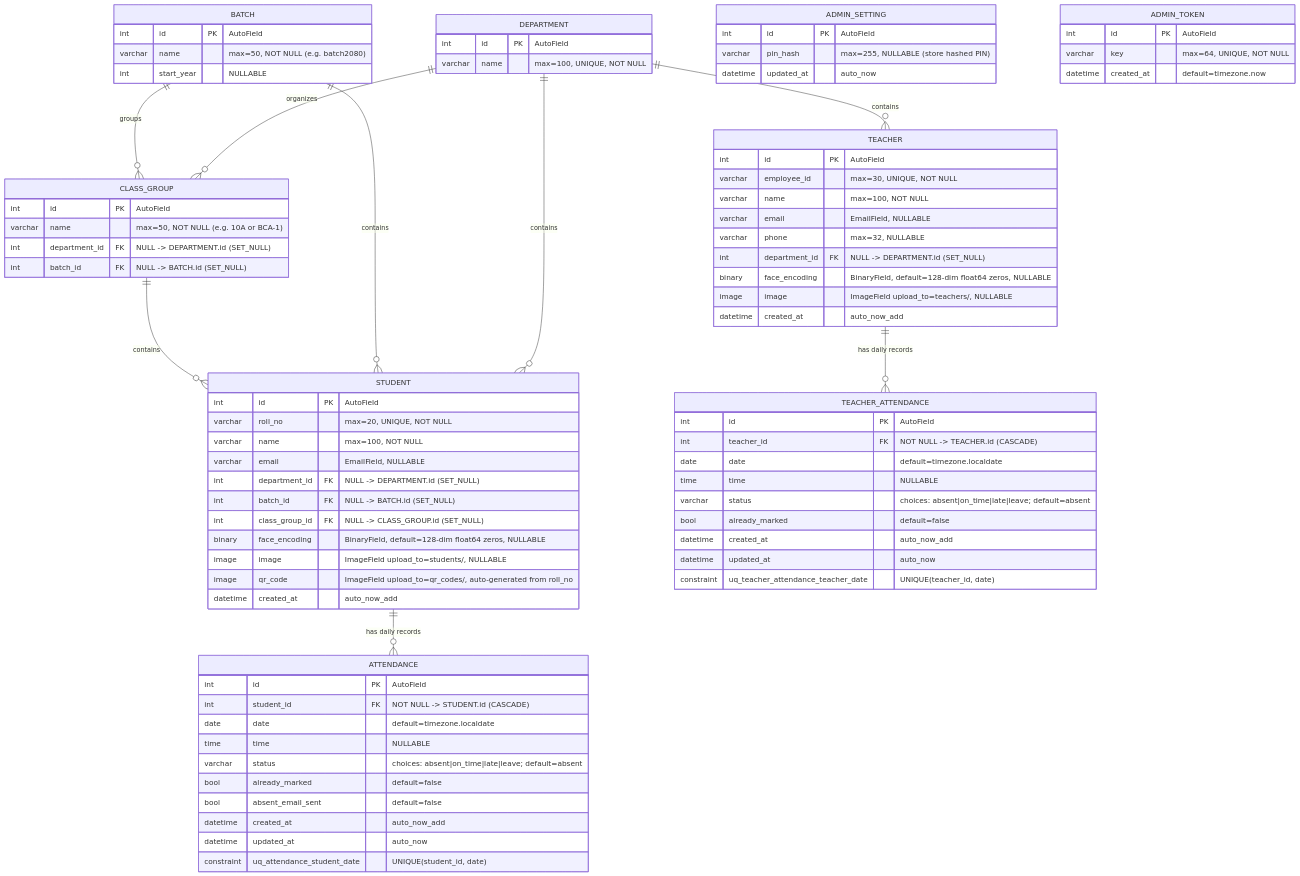
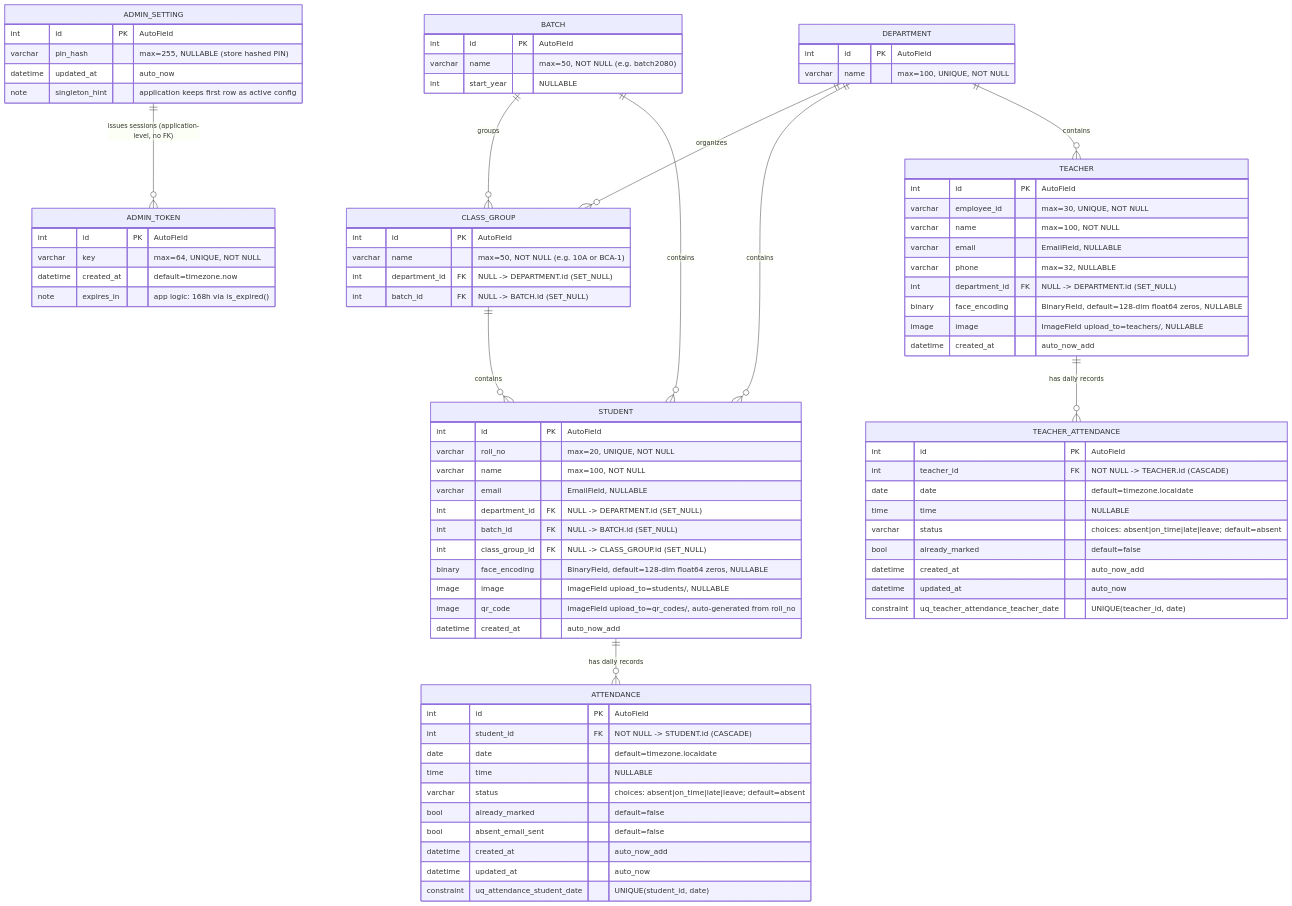
The diagram in smart_attendance_er.mermaid (sujjalfr/Smart-Attendance-System), drawn with Mermaid before and after one commit. The commit also changed 8 other files, not shown here.

```diff
--- a/smart_attendance_er.mermaid
+++ b/smart_attendance_er.mermaid
@@ -1,133 +1,138 @@
 %% ============================================================
 %% Smart Attendance System - Complete ER Diagram (Backend Schema)
 %% Generated/updated to reflect `accounts` and `attendance` models
 %% Source: backend/smart_attendance/accounts/models.py
 %%         backend/smart_attendance/attendance/models.py
 %% ============================================================
 
 erDiagram
 
 	%% -------------------------
 	%% CORE ACADEMIC ENTITIES
 	%% -------------------------
 
 	DEPARTMENT {
 		int id PK "AutoField"
 		varchar name "max=100, UNIQUE, NOT NULL"
 	}
 
 	BATCH {
 		int id PK "AutoField"
 		varchar name "max=50, NOT NULL (e.g. batch2080)"
 		int start_year "NULLABLE"
 	}
 
 	CLASS_GROUP {
 		int id PK "AutoField"
 		varchar name "max=50, NOT NULL (e.g. 10A or BCA-1)"
 		int department_id FK "NULL -> DEPARTMENT.id (SET_NULL)"
 		int batch_id FK "NULL -> BATCH.id (SET_NULL)"
 	}
 
 	%% -------------------------
 	%% PEOPLE / IDENTITY ENTITIES
 	%% -------------------------
 
 	STUDENT {
 		int id PK "AutoField"
 		varchar roll_no "max=20, UNIQUE, NOT NULL"
 		varchar name "max=100, NOT NULL"
 		varchar email "EmailField, NULLABLE"
 		int department_id FK "NULL -> DEPARTMENT.id (SET_NULL)"
 		int batch_id FK "NULL -> BATCH.id (SET_NULL)"
 		int class_group_id FK "NULL -> CLASS_GROUP.id (SET_NULL)"
 		binary face_encoding "BinaryField, default=128-dim float64 zeros, NULLABLE"
 		image image "ImageField upload_to=students/, NULLABLE"
 		image qr_code "ImageField upload_to=qr_codes/, auto-generated from roll_no"
 		datetime created_at "auto_now_add"
 	}
 
 	TEACHER {
 		int id PK "AutoField"
 		varchar employee_id "max=30, UNIQUE, NOT NULL"
 		varchar name "max=100, NOT NULL"
 		varchar email "EmailField, NULLABLE"
 		varchar phone "max=32, NULLABLE"
 		int department_id FK "NULL -> DEPARTMENT.id (SET_NULL)"
 		binary face_encoding "BinaryField, default=128-dim float64 zeros, NULLABLE"
 		image image "ImageField upload_to=teachers/, NULLABLE"
 		datetime created_at "auto_now_add"
 	}
 
 	%% -------------------------
 	%% ATTENDANCE ENTITIES
 	%% -------------------------
 
 	ATTENDANCE {
 		int id PK "AutoField"
 		int student_id FK "NOT NULL -> STUDENT.id (CASCADE)"
 		date date "default=timezone.localdate"
 		time time "NULLABLE"
 		varchar status "choices: absent|on_time|late|leave; default=absent"
 		bool already_marked "default=false"
 		bool absent_email_sent "default=false"
 		datetime created_at "auto_now_add"
 		datetime updated_at "auto_now"
 		constraint uq_attendance_student_date "UNIQUE(student_id, date)"
 	}
 
 	TEACHER_ATTENDANCE {
 		int id PK "AutoField"
 		int teacher_id FK "NOT NULL -> TEACHER.id (CASCADE)"
 		date date "default=timezone.localdate"
 		time time "NULLABLE"
 		varchar status "choices: absent|on_time|late|leave; default=absent"
 		bool already_marked "default=false"
 		datetime created_at "auto_now_add"
 		datetime updated_at "auto_now"
 		constraint uq_teacher_attendance_teacher_date "UNIQUE(teacher_id, date)"
 	}
 
 	%% -------------------------
 	%% ADMIN / AUTH SUPPORT ENTITIES
 	%% -------------------------
 
 	ADMIN_SETTING {
 		int id PK "AutoField"
 		varchar pin_hash "max=255, NULLABLE (store hashed PIN)"
 		datetime updated_at "auto_now"
+		note singleton_hint "application keeps first row as active config"
 	}
 
 	ADMIN_TOKEN {
 		int id PK "AutoField"
 		varchar key "max=64, UNIQUE, NOT NULL"
 		datetime created_at "default=timezone.now"
+		note expires_in "app logic: 168h via is_expired()"
 	}
 
 	%% -------------------------
 	%% RELATIONSHIPS (CARDINALITY)
 	%% -------------------------
 
 	DEPARTMENT ||--o{ CLASS_GROUP : "organizes"
 	BATCH ||--o{ CLASS_GROUP : "groups"
 
 	DEPARTMENT ||--o{ STUDENT : "contains"
 	BATCH ||--o{ STUDENT : "contains"
 	CLASS_GROUP ||--o{ STUDENT : "contains"
 
 	DEPARTMENT ||--o{ TEACHER : "contains"
 
 	STUDENT ||--o{ ATTENDANCE : "has daily records"
 	TEACHER ||--o{ TEACHER_ATTENDANCE : "has daily records"
+	ADMIN_SETTING ||--o{ ADMIN_TOKEN : "issues sessions (application-level, no FK)"
 
 	%% -------------------------
 	%% IMPLEMENTATION NOTES
 	%% -------------------------
 	%% - Optional FKs on STUDENT/CLASS_GROUP/TEACHER use ON DELETE SET NULL (models: SET_NULL).
 	%% - Attendance tables use ON DELETE CASCADE for their person FK (models: CASCADE).
 	%% - Unique constraints: (student, date) and (teacher, date) enforced via `unique_together`.
 	%% - Face encodings are stored as raw binary (`BinaryField`) containing 128 float64 values.
 	%% - QR codes are generated from `Student.roll_no` and saved to `qr_codes/`.
 	%% - `AdminSetting` behaves like a singleton config (application logic enforces single active config).
 	%% - `AdminToken` expiry is enforced in application code via `is_expired()` (not a DB constraint).
+	%% - Admin auth flow: `/api/admin/auth/` validates PIN hash from ADMIN_SETTING then creates ADMIN_TOKEN.
+	%% - Admin PIN update flow: `/api/admin/pin/` updates ADMIN_SETTING.pin_hash (hashed via Django hashers).
 	%% - `absent_email_sent` tracks whether an absent notification email was already sent for that record.
```
